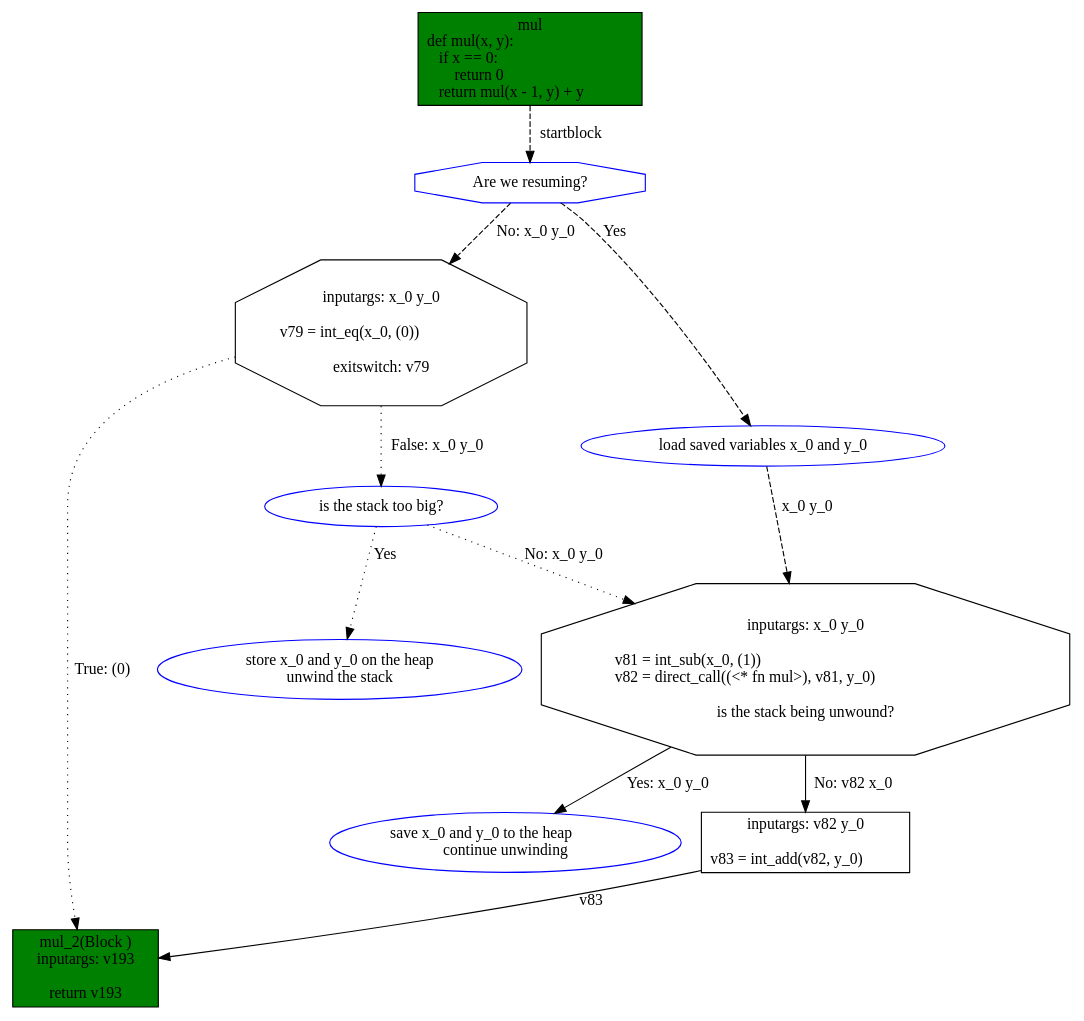
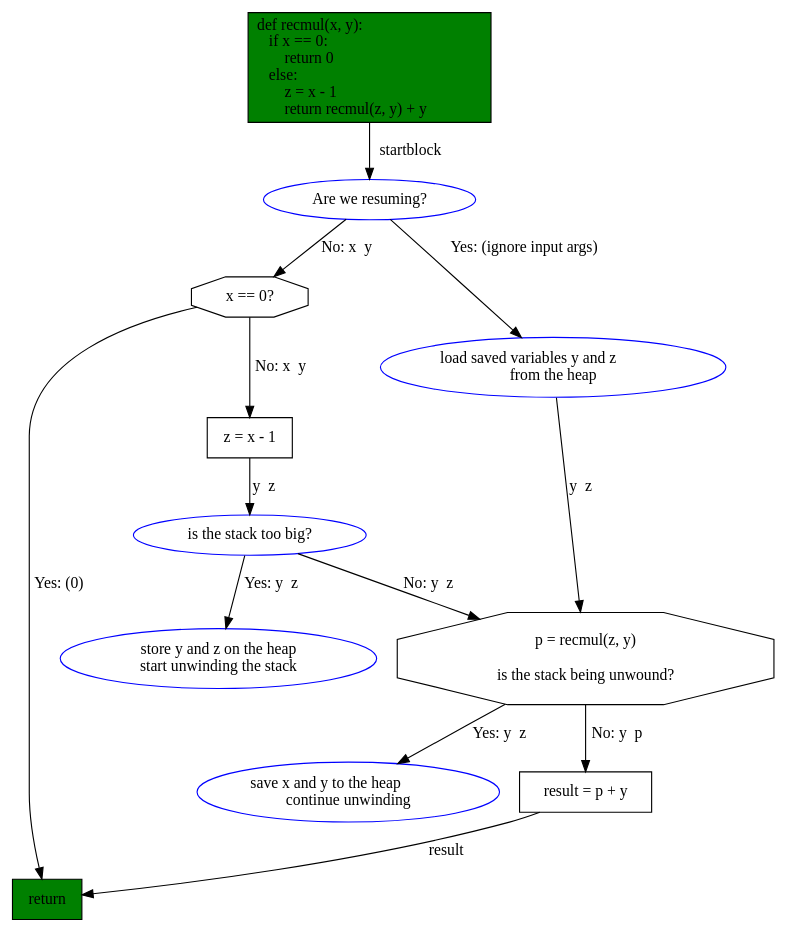
The diagram in pypy/doc/image/stackless_informal.dot (pypy/pypy), drawn with Graphviz before and after one commit.

Commit message:
Further simplified the content of this informal graph.

```diff
--- a/pypy/doc/image/stackless_informal.dot
+++ b/pypy/doc/image/stackless_informal.dot
@@ -1,26 +1,28 @@
 digraph mul_graph {
     node [shape="octagon", color="black", fillcolor="white", style="filled"];
     subgraph mul {
-        mul [shape="box", label="mul\ndef mul(x, y):\l    if x == 0:\l        return 0\l    return mul(x - 1, y) + y\l", fillcolor="green"];
-        mul_r [label="Are we resuming?", color="blue"];
-        mul_0 [label="inputargs: x_0 y_0\n\nv79 = int_eq(x_0, (0))\l\lexitswitch: v79"];
-        mul_1 [shape="ellipse", label="is the stack too big?", color="blue"]
-        mul_2 [shape="box", label="mul_2(Block )\ninputargs: v193\n\nreturn v193", fillcolor="green"];
-        mul_3 [label="inputargs: x_0 y_0\n\nv81 = int_sub(x_0, (1))\lv82 = direct_call((<* fn mul>), v81, y_0)\l\lis the stack being unwound?"];
-        mul_4 [shape="ellipse", label="store x_0 and y_0 on the heap\nunwind the stack", color="blue"];
-        mul_5 [shape="box", label="inputargs: v82 y_0\n\nv83 = int_add(v82, y_0)\l"];
-        mul_r3 [shape="ellipse", label="load saved variables x_0 and y_0", color="blue"];
-        mul_s3 [shape="ellipse", label="save x_0 and y_0 to the heap\lcontinue unwinding", color="blue"];
-        mul -> mul_r [label="startblock", style="dashed"];
-        mul_r -> mul_0 [label="No: x_0 y_0", style="dashed"];
-        mul_r -> mul_r3 [label="Yes" style="dashed"];
-        mul_r3 -> mul_3 [label="x_0 y_0", style="dashed"];
-        mul_0 -> mul_1 [label="False: x_0 y_0", style="dotted"];
-        mul_0 -> mul_2 [label="True: (0)", style="dotted"];
-        mul_1 -> mul_3 [label="No: x_0 y_0", style="dotted"];
-        mul_1 -> mul_4 [label="Yes", style="dotted"];
-        mul_3 -> mul_5 [label="No: v82 x_0", style="solid"];
-        mul_3 -> mul_s3 [label="Yes: x_0 y_0"];
-        mul_5 -> mul_2 [label="v83"];
+        mul [shape="box", label="def recmul(x, y):\l    if x == 0:\l        return 0\l    else:\l        z = x - 1\l        return recmul(z, y) + y\l", fillcolor="green"];
+        mul_r [shape="ellipse", label="Are we resuming?", color="blue"];
+        mul_0 [label="x == 0?"];
+        mul_1 [shape="box", label="z = x - 1"];
+        mul_chk [shape="ellipse", label="is the stack too big?", color="blue"]
+        mul_2 [shape="box", label="return", fillcolor="green"];
+        mul_3 [label="p = recmul(z, y)\n\nis the stack being unwound?"];
+        mul_4 [shape="ellipse", label="store y and z on the heap\nstart unwinding the stack", color="blue"];
+        mul_5 [shape="box", label="result = p + y"];
+        mul_r3 [shape="ellipse", label="load saved variables y and z\lfrom the heap", color="blue"];
+        mul_s3 [shape="ellipse", label="save x and y to the heap\lcontinue unwinding", color="blue"];
+        mul -> mul_r [label="startblock"];
+        mul_r -> mul_0 [label="No: x  y"];
+        mul_r -> mul_r3 [label="Yes: (ignore input args)"];
+        mul_r3 -> mul_3 [label="y  z"];
+        mul_0 -> mul_1 [label="No: x  y"];
+        mul_1 -> mul_chk [label="y  z"];
+        mul_0 -> mul_2 [label="Yes: (0)"];
+        mul_chk -> mul_3 [label="No: y  z"];
+        mul_chk -> mul_4 [label="Yes: y  z"];
+        mul_3 -> mul_5 [label="No: y  p"];
+        mul_3 -> mul_s3 [label="Yes: y  z"];
+        mul_5 -> mul_2 [label="result"];
     }
 }
```
